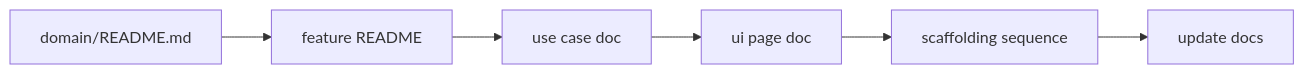
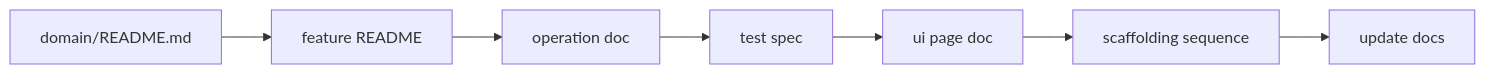
The diagram in docs/guides/agentic-domain-driven-design.md (Litenova-Solutions/Engineering-Standards), drawn with Mermaid before and after one commit. The commit also changed other lines of this file and 21 other files, not shown here.

First line of the commit message:
Update documentation to reflect changes in operation and test specification conventions

````diff
--- a/docs/guides/agentic-domain-driven-design.md
+++ b/docs/guides/agentic-domain-driven-design.md
@@ -159,10 +170,11 @@
 ```mermaid
 flowchart LR
   A[domain/README.md]
   B[feature README]
-  C[use case doc]
+  C[operation doc]
+  T[test spec]
   U[ui page doc]
   D[scaffolding sequence]
   E[update docs]
-  A --> B --> C --> U --> D --> E
+  A --> B --> C --> T --> U --> D --> E
 ```
````
